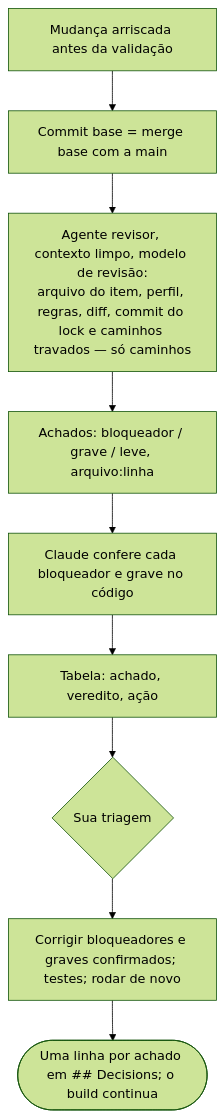
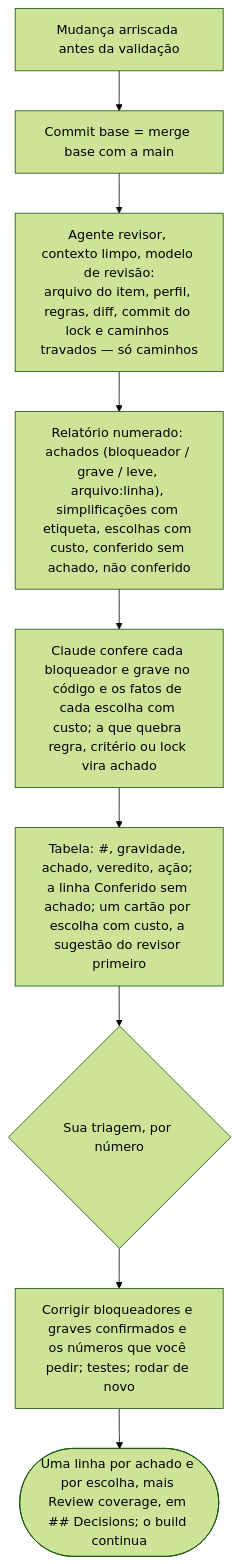
Before and after one commit to alexcanario/simulab: the tenth of 23 diagrams in docs/agile/workflow.pt-BR.md, drawn with Mermaid (forest theme). The commit also changed other lines of this file and 5 other files, not shown here.

````diff
--- a/docs/agile/workflow.pt-BR.md
+++ b/docs/agile/workflow.pt-BR.md
@@ -934,11 +936,11 @@
 ```mermaid
 flowchart TD
     A["Mudança arriscada antes da validação"] --> B["Commit base = merge base com a main"]
     B --> C["Agente revisor, contexto limpo, modelo de revisão:<br/>arquivo do item, perfil, regras, diff, commit do lock e caminhos travados — só caminhos"]
-    C --> D["Achados: bloqueador / grave / leve, arquivo:linha"]
-    D --> E["Claude confere cada bloqueador e grave no código"]
-    E --> F["Tabela: achado, veredito, ação"]
-    F --> G{"Sua triagem"}
-    G --> H["Corrigir bloqueadores e graves confirmados; testes; rodar de novo"]
-    H --> I(["Uma linha por achado em ## Decisions; o build continua"])
+    C --> D["Relatório numerado: achados (bloqueador / grave / leve, arquivo:linha), simplificações com etiqueta, escolhas com custo, conferido sem achado, não conferido"]
+    D --> E["Claude confere cada bloqueador e grave no código e os fatos de cada escolha com custo; a que quebra regra, critério ou lock vira achado"]
+    E --> F["Tabela: #, gravidade, achado, veredito, ação; a linha Conferido sem achado; um cartão por escolha com custo, a sugestão do revisor primeiro"]
+    F --> G{"Sua triagem, por número"}
+    G --> H["Corrigir bloqueadores e graves confirmados e os números que você pedir; testes; rodar de novo"]
+    H --> I(["Uma linha por achado e por escolha, mais Review coverage, em ## Decisions; o build continua"])
 ```
````
